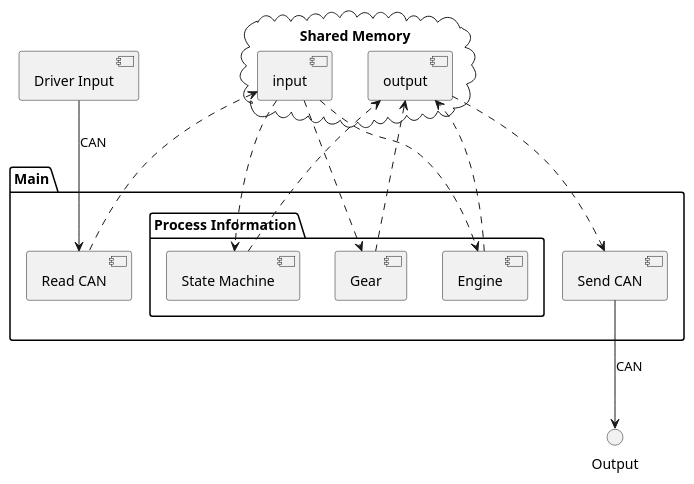
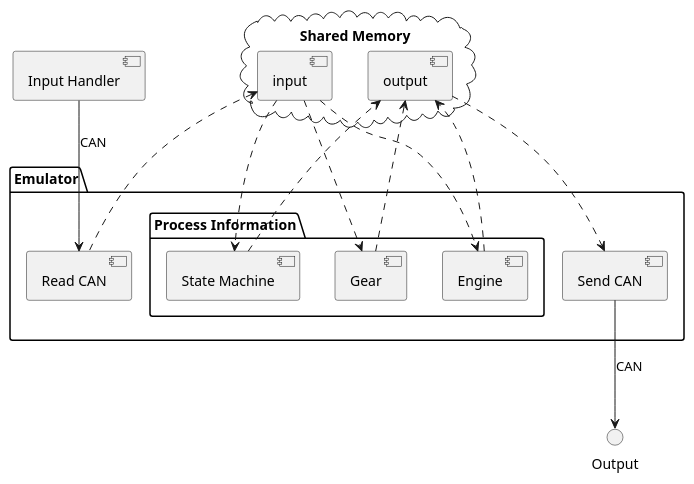
Before and after one commit to SubspaceBob/bootcamp_project: the diagram in docs/src/component_diagram.wsd, drawn with PlantUML. The commit also changed 5 other files, not shown here.

```diff
--- a/docs/src/component_diagram.wsd
+++ b/docs/src/component_diagram.wsd
@@ -1,31 +1,31 @@
 @startuml
-package "Main"{
+package "Emulator"{
     [Read CAN]
     package "Process Information" {
         [State Machine] 
         [Engine]
         [Gear]
     } 
     [Send CAN]    
 }
 cloud "Shared Memory"{
     [input]
     [output]
 }
 
-[Driver Input] --> [Read CAN] : CAN
+[Input Handler] --> [Read CAN] : CAN
 [input] <.. [Read CAN]
 
 [input] ..> [State Machine]
 [input] ..> [Engine]
 [input] ..> [Gear]
 
 [State Machine] ..> [output]
 [Engine] ..> [output]
 [Gear] ..> [output]
 
 [output] ..> [Send CAN]
 
 [Send CAN] --> Output : CAN
 
 @enduml
```
